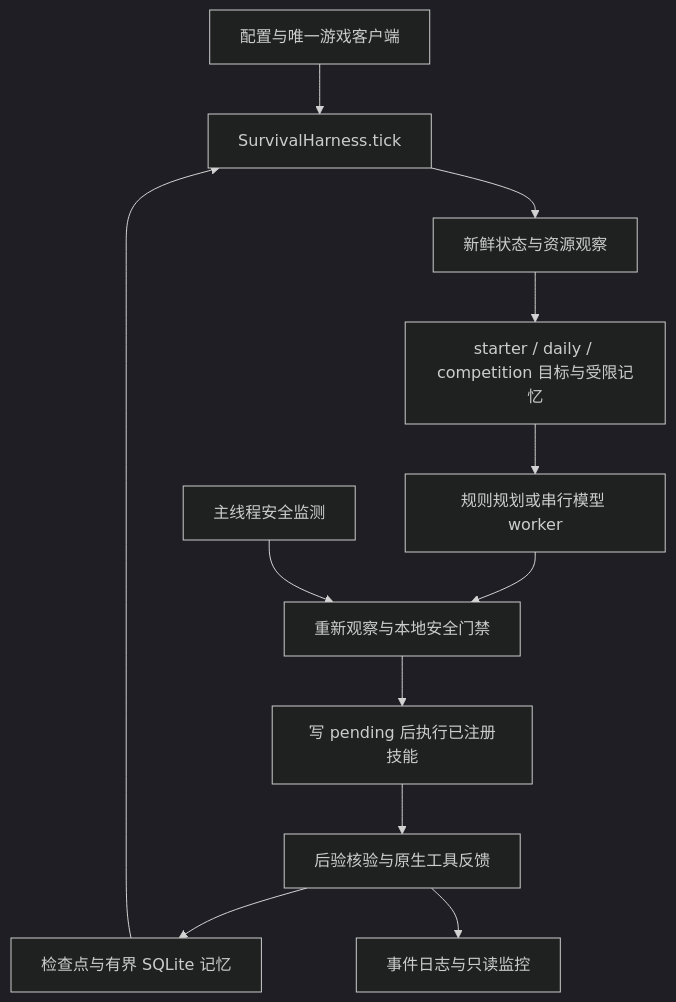
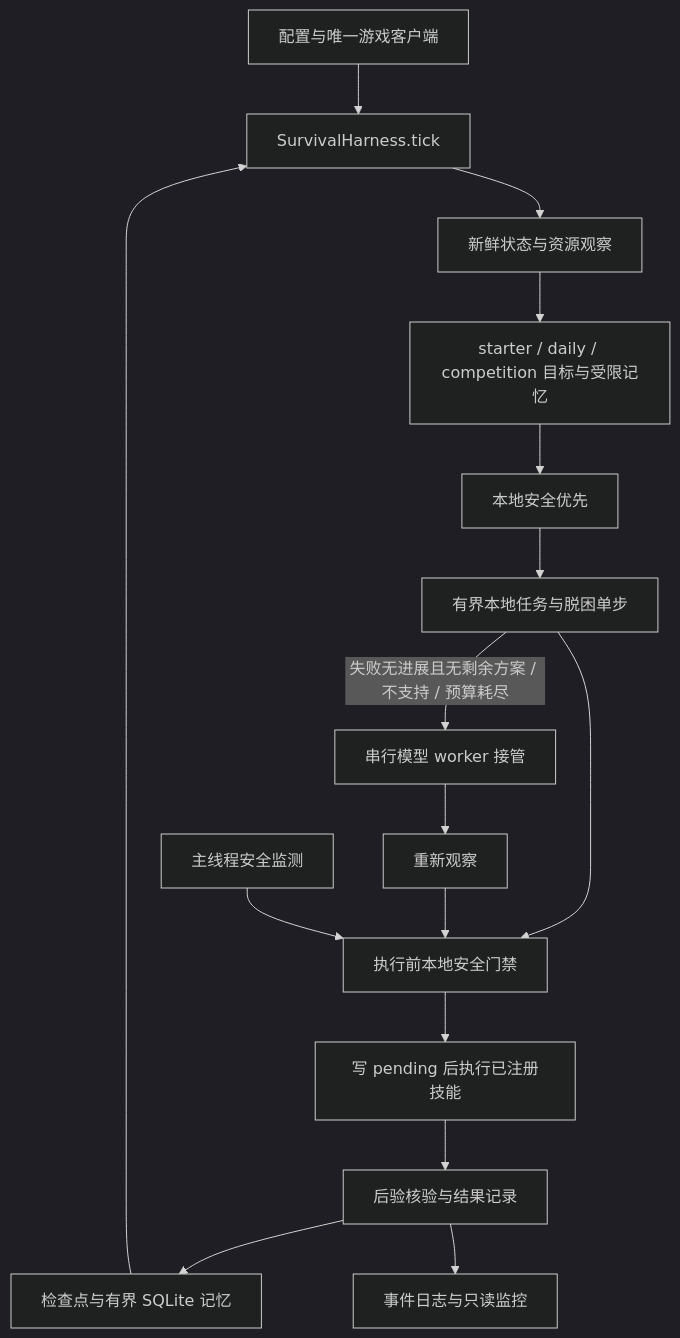
Before and after one commit to Mxpea/BotSleep: the diagram in docs/ARCHITECTURE.md, drawn with Mermaid (dark theme). The commit also changed other lines of this file and 54 other files, not shown here.

````diff
--- a/docs/ARCHITECTURE.md
+++ b/docs/ARCHITECTURE.md
@@ -20,14 +20,18 @@
 ```mermaid
 flowchart TD
     A[配置与唯一游戏客户端] --> B[SurvivalHarness.tick]
     B --> C[新鲜状态与资源观察]
     C --> D[starter / daily / competition 目标与受限记忆]
-    D --> E[规则规划或串行模型 worker]
-    E --> F[重新观察与本地安全门禁]
+    D --> L[本地安全优先]
+    L --> E[有界本地任务与脱困单步]
+    E --> F[执行前本地安全门禁]
+    E -->|失败无进展且无剩余方案 / 不支持 / 预算耗尽| M[串行模型 worker 接管]
+    M --> N[重新观察]
+    N --> F
     F --> G[写 pending 后执行已注册技能]
-    G --> H[后验核验与原生工具反馈]
+    G --> H[后验核验与结果记录]
     H --> I[检查点与有界 SQLite 记忆]
     I --> B
     S[主线程安全监测] --> F
     H --> R[事件日志与只读监控]
 ```
````
